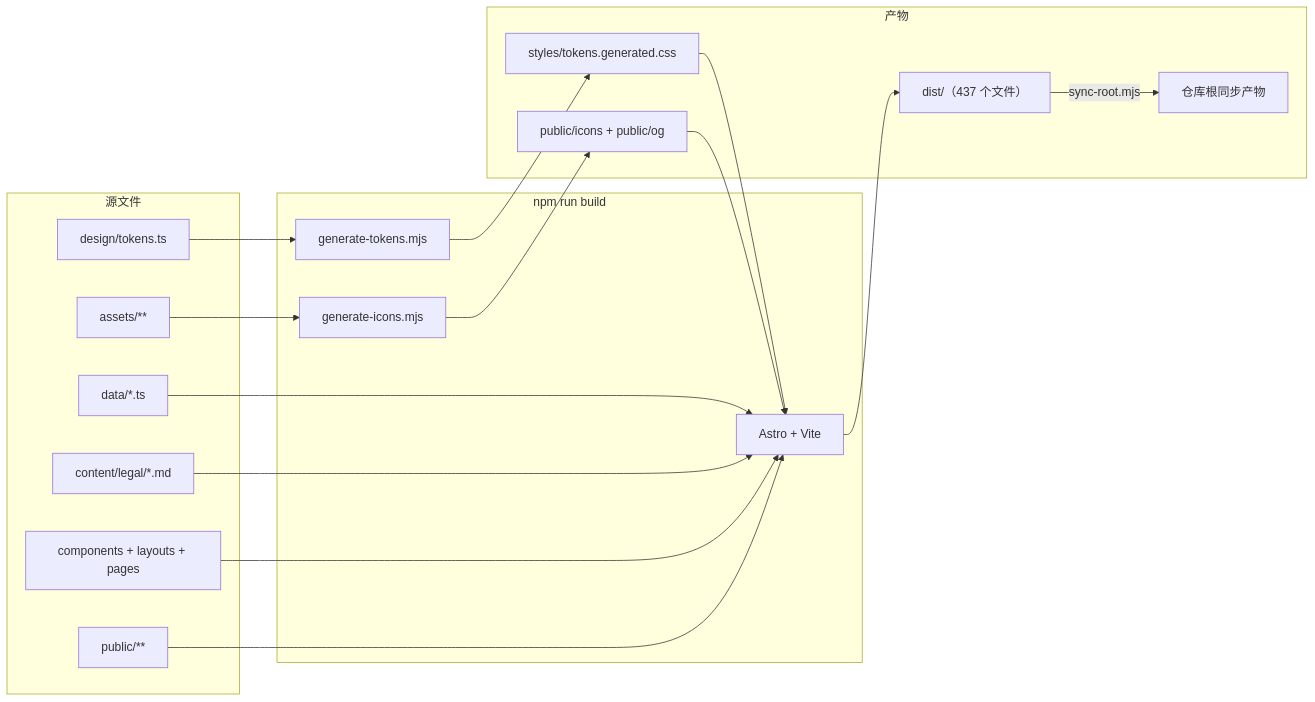
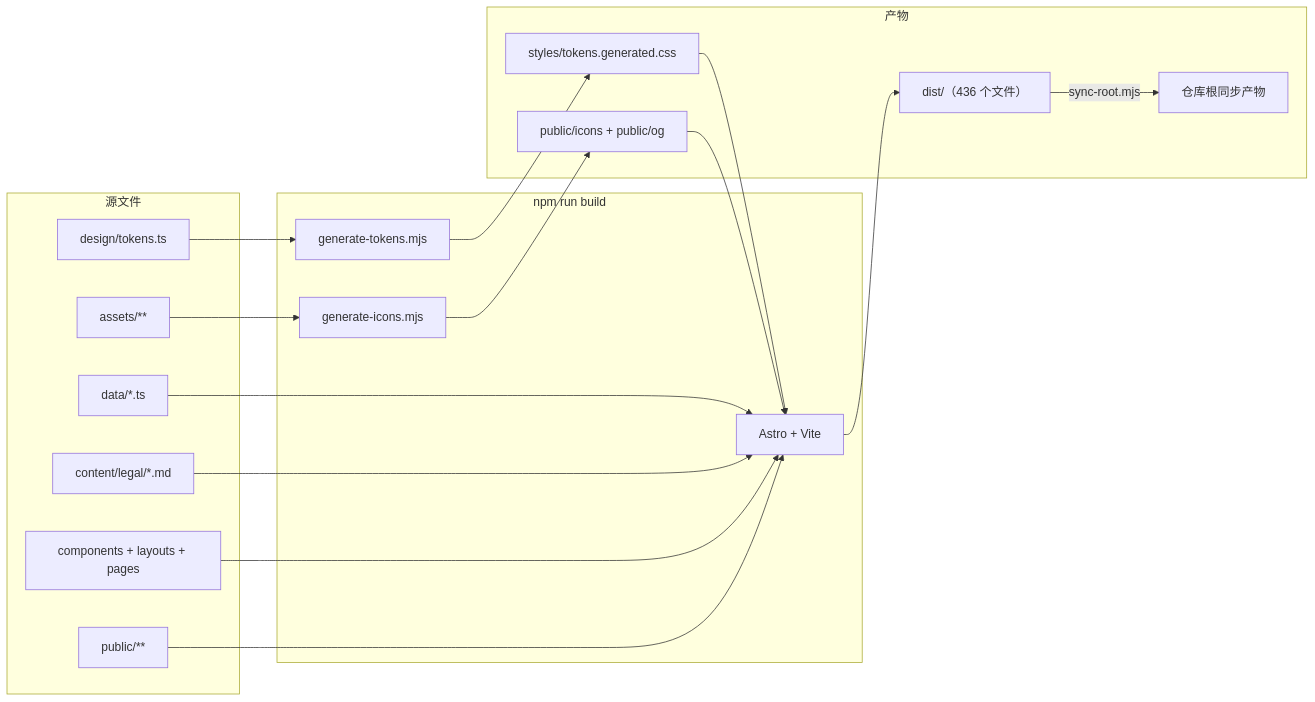
The diagram in wiki/01-architecture.md (kkkh/garden-website), drawn with Mermaid before and after one commit. The commit also changed other lines of this file and 11 other files, not shown here.

````diff
--- a/wiki/01-architecture.md
+++ b/wiki/01-architecture.md
@@ -58,33 +58,33 @@
 ```mermaid
 flowchart LR
     subgraph Sources["源文件"]
         T["design/tokens.ts"]
         D["data/*.ts"]
         C["content/legal/*.md"]
         A["assets/**"]
         S["components + layouts + pages"]
         P["public/**"]
     end
 
     subgraph Build["npm run build"]
         GT["generate-tokens.mjs"]
         GI["generate-icons.mjs"]
         AC["Astro + Vite"]
     end
 
     subgraph Output["产物"]
         CSS["styles/tokens.generated.css"]
         ICONS["public/icons + public/og"]
-        DIST["dist/（437 个文件）"]
+        DIST["dist/（436 个文件）"]
         ROOT["仓库根同步产物"]
     end
 
     T --> GT --> CSS --> AC
     A --> GI --> ICONS --> AC
     D --> AC
     C --> AC
     S --> AC
     P --> AC
     AC --> DIST
     DIST -->|sync-root.mjs| ROOT
 ```
````
